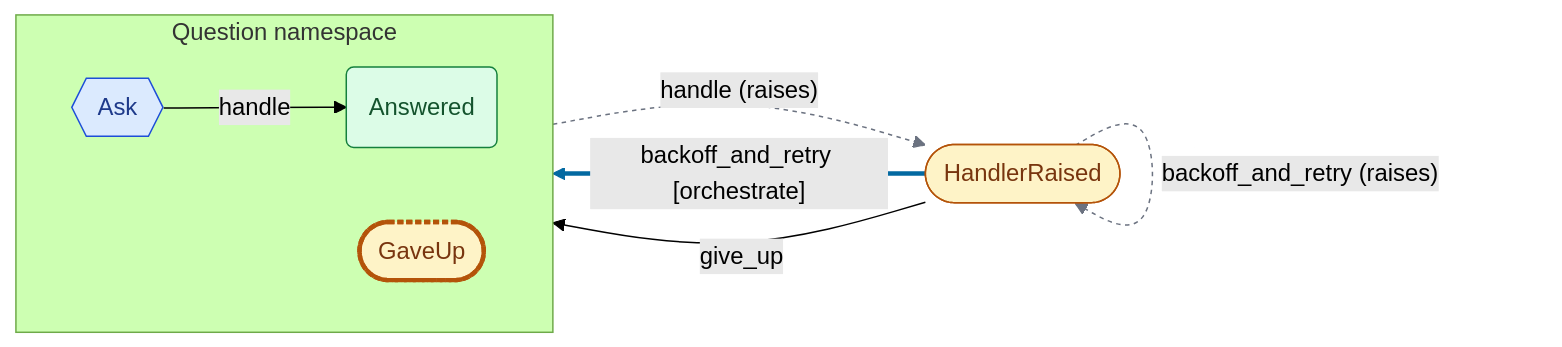
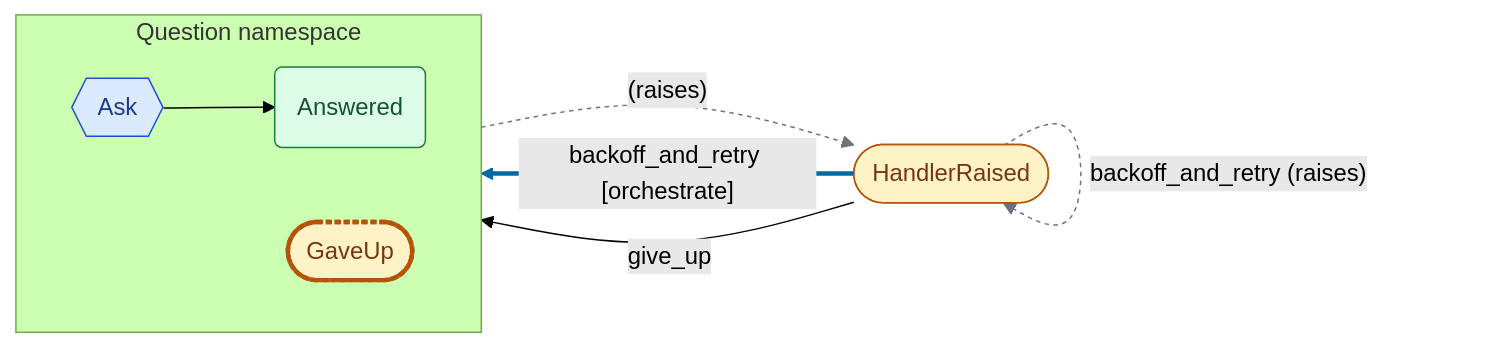
Before and after one commit to cadance-io/langgraph-events: the second of 2 diagrams in examples/error_recovery.graph.md, drawn with Mermaid (forest theme). The commit also changed other lines of this file and 17 other files, not shown here.

````diff
--- a/examples/error_recovery.graph.md
+++ b/examples/error_recovery.graph.md
@@ -48,24 +48,24 @@
 ```mermaid
 graph LR
     classDef entry fill:none,stroke:none,color:none
     classDef cmd fill:#dbeafe,stroke:#1d4ed8,color:#1e3a8a
     classDef devt fill:#dcfce7,stroke:#15803d,color:#14532d
     classDef intg fill:#ede9fe,stroke:#6d28d9,color:#4c1d95
     classDef syst fill:#fef3c7,stroke:#b45309,color:#78350f
     classDef halt fill:#fef3c7,stroke:#b45309,color:#78350f,stroke-width:3px,stroke-dasharray:4 2
     classDef inv fill:#ffedd5,stroke:#c2410c,color:#7c2d12
     subgraph Question["Question namespace"]
         direction LR
         Answered(Answered):::devt
         Ask{{Ask}}:::cmd
         GaveUp([GaveUp]):::halt
     end
     HandlerRaised([HandlerRaised]):::syst
-    Ask -.->|"handle (raises)"| HandlerRaised
-    Ask -->|handle| Answered
+    Ask -.->|"(raises)"| HandlerRaised
+    Ask --> Answered
     HandlerRaised -.->|"backoff_and_retry (raises)"| HandlerRaised
     HandlerRaised -->|"backoff_and_retry [orchestrate]"| Ask
     HandlerRaised -->|give_up| GaveUp
     linkStyle 0,2 stroke:#6b7280,stroke-dasharray:3 3
     linkStyle 3 stroke:#0369a1,stroke-width:3px
 ```
````
